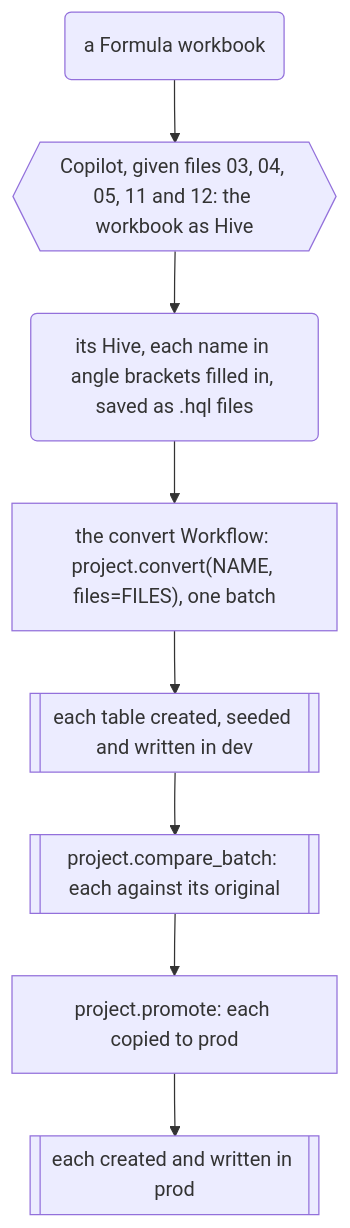
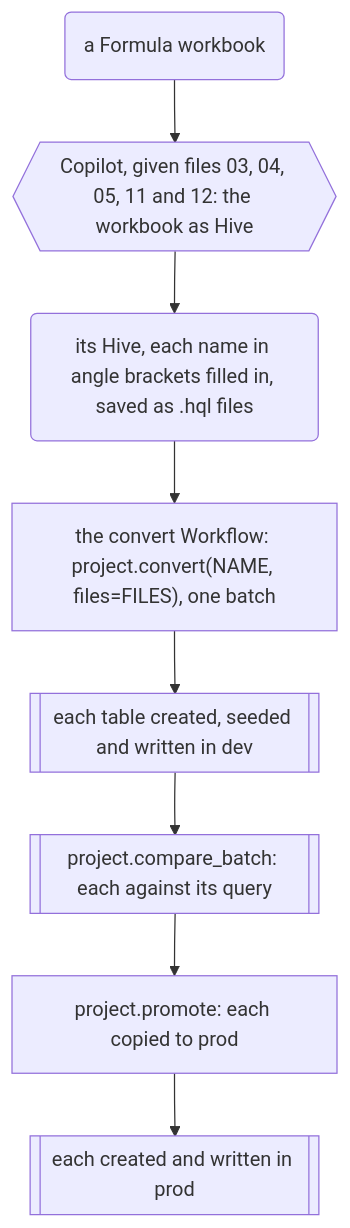
The eighth of 8 diagrams in docs/clean-branch-readme.md (EdgyPage/SQL-Composer), drawn with Mermaid before and after one commit. The commit also changed other lines of this file and 48 other files, not shown here.

First line of the commit message:
feat(8.0): ticket 19 finished: scripts each a query alone, charts a beginner reads, scores, D360 D361

````diff
--- a/docs/clean-branch-readme.md
+++ b/docs/clean-branch-readme.md
@@ -829,12 +810,12 @@
 ```mermaid
 flowchart TD
     workbook("a Formula workbook")
     copilot{{"Copilot, given files 03, 04, 05, 11 and 12: the workbook as Hive"}}
     scripts("its Hive, each name in angle brackets filled in, saved as .hql files")
     convert["the convert Workflow: project.convert(NAME, files=FILES), one batch"]
     dev[["each table created, seeded and written in dev"]]
-    compare[["project.compare_batch: each against its original"]]
+    compare[["project.compare_batch: each against its query"]]
     promote["project.promote: each copied to prod"]
     prod[["each created and written in prod"]]
     workbook --> copilot --> scripts --> convert --> dev --> compare --> promote --> prod
 ```
````
